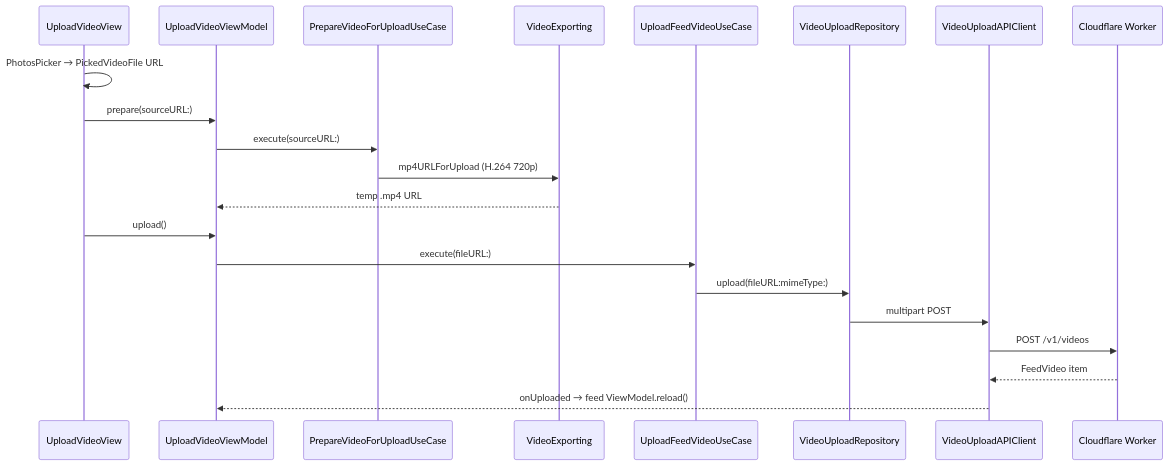
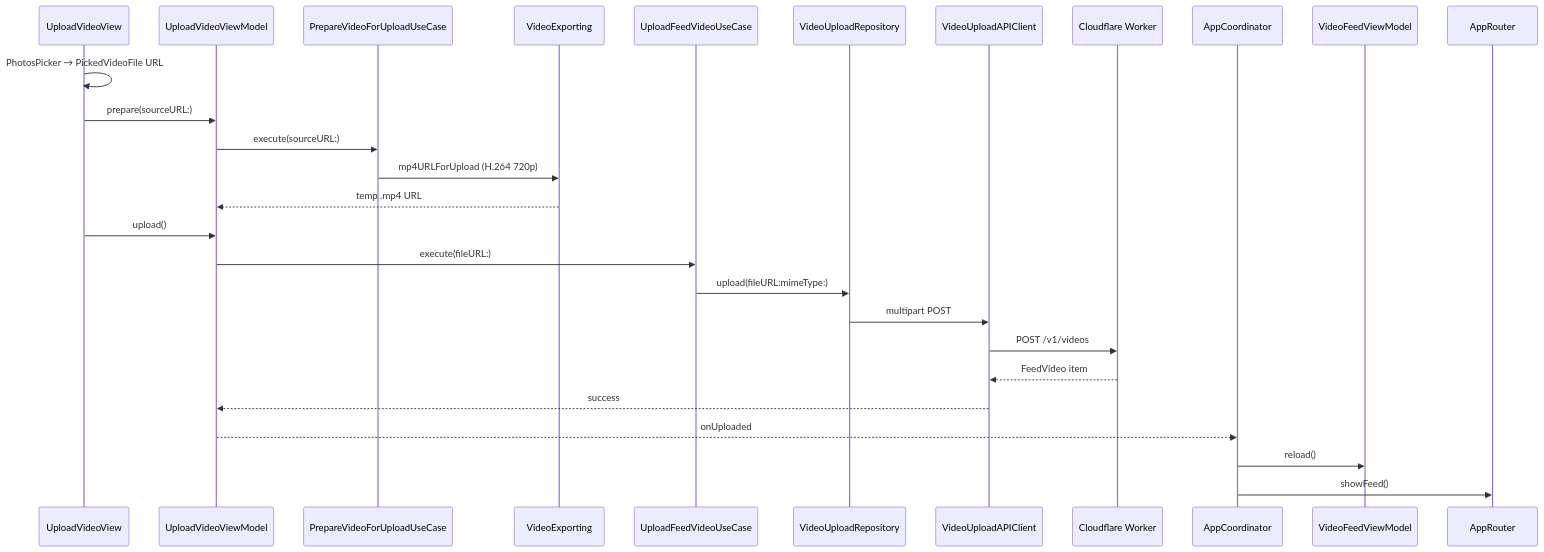
One commit to SomsakGitHub/Marauders changed the sixth of 6 diagrams in ARCHITECTURE.md. Above: the diagram before and after it, drawn with Mermaid. The commit also changed other lines of this file and 9 other files, not shown here.

First line of the commit message:
Add AppRouter and AppCoordinator for tab navigation flows.

````diff
--- a/ARCHITECTURE.md
+++ b/ARCHITECTURE.md
@@ -238,24 +256,30 @@
 ```mermaid
 sequenceDiagram
   participant View as UploadVideoView
   participant VM as UploadVideoViewModel
   participant Prep as PrepareVideoForUploadUseCase
   participant Export as VideoExporting
   participant Up as UploadFeedVideoUseCase
   participant Repo as VideoUploadRepository
   participant API as VideoUploadAPIClient
   participant Worker as Cloudflare Worker
+  participant Coord as AppCoordinator
+  participant FeedVM as VideoFeedViewModel
+  participant Router as AppRouter
 
   View->>View: PhotosPicker → PickedVideoFile URL
   View->>VM: prepare(sourceURL:)
   VM->>Prep: execute(sourceURL:)
   Prep->>Export: mp4URLForUpload (H.264 720p)
   Export-->>VM: temp .mp4 URL
   View->>VM: upload()
   VM->>Up: execute(fileURL:)
   Up->>Repo: upload(fileURL:mimeType:)
   Repo->>API: multipart POST
   API->>Worker: POST /v1/videos
   Worker-->>API: FeedVideo item
-  API-->>VM: onUploaded → feed ViewModel.reload()
+  API-->>VM: success
+  VM-->>Coord: onUploaded
+  Coord->>FeedVM: reload()
+  Coord->>Router: showFeed()
 ```
````
